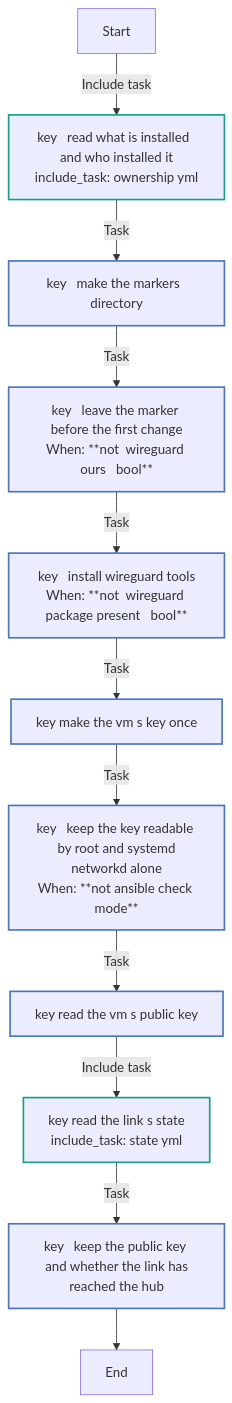
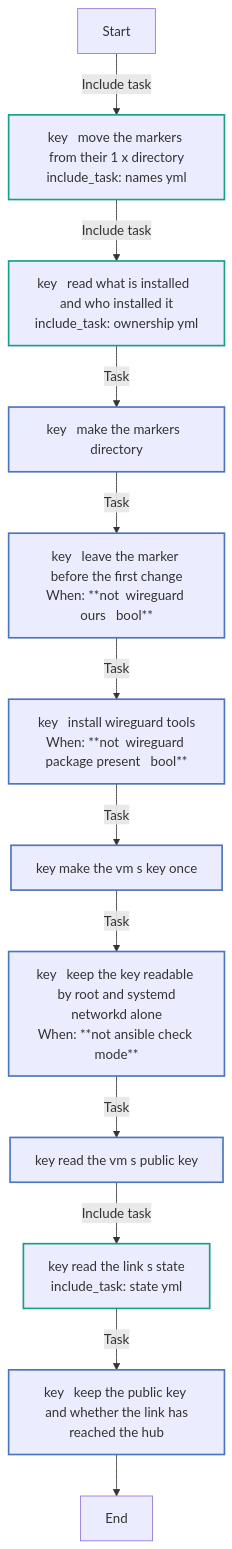
The fourth of 8 diagrams in docs/reference/roles/wireguard.md (kawadeomkar/agent-warehouse), drawn with Mermaid before and after one commit. The commit also changed other lines of this file and 29 other files, not shown here.

````diff
--- a/docs/reference/roles/wireguard.md
+++ b/docs/reference/roles/wireguard.md
@@ -169,23 +174,24 @@
 ```mermaid
 flowchart TD
 Start
 classDef block stroke:#3498db,stroke-width:2px;
 classDef task stroke:#4b76bb,stroke-width:2px;
 classDef includeTasks stroke:#16a085,stroke-width:2px;
 classDef importTasks stroke:#34495e,stroke-width:2px;
 classDef includeRole stroke:#2980b9,stroke-width:2px;
 classDef importRole stroke:#699ba7,stroke-width:2px;
 classDef includeVars stroke:#8e44ad,stroke-width:2px;
 classDef rescue stroke:#665352,stroke-width:2px;
 
-  Start-->|Include task| key___Read_what_is_installed__and_who_installed_it_ownership_yml_0[key   read what is installed  and who installed it<br>include_task: ownership yml]:::includeTasks
-  key___Read_what_is_installed__and_who_installed_it_ownership_yml_0-->|Task| key___Make_the_markers__directory1[key   make the markers  directory]:::task
-  key___Make_the_markers__directory1-->|Task| key___Leave_the_marker_before_the_first_change2[key   leave the marker before the first change<br>When: **not  wireguard ours   bool**]:::task
-  key___Leave_the_marker_before_the_first_change2-->|Task| key___Install_wireguard_tools3[key   install wireguard tools<br>When: **not  wireguard package present   bool**]:::task
-  key___Install_wireguard_tools3-->|Task| key___Make_the_VM_s_key__once4[key   make the vm s key  once]:::task
-  key___Make_the_VM_s_key__once4-->|Task| key___Keep_the_key_readable_by_root_and_systemd_networkd_alone5[key   keep the key readable by root and systemd<br>networkd alone<br>When: **not ansible check mode**]:::task
-  key___Keep_the_key_readable_by_root_and_systemd_networkd_alone5-->|Task| key___Read_the_VM_s_public_key6[key   read the vm s public key]:::task
-  key___Read_the_VM_s_public_key6-->|Include task| key___Read_the_link_s_state_state_yml_7[key   read the link s state<br>include_task: state yml]:::includeTasks
-  key___Read_the_link_s_state_state_yml_7-->|Task| key___Keep_the_public_key_and_whether_the_link_has_reached_the_hub8[key   keep the public key and whether the link has<br>reached the hub]:::task
-  key___Keep_the_public_key_and_whether_the_link_has_reached_the_hub8-->End
+  Start-->|Include task| key___Move_the_markers_from_their_1_x_directory_names_yml_0[key   move the markers from their 1 x directory<br>include_task: names yml]:::includeTasks
+  key___Move_the_markers_from_their_1_x_directory_names_yml_0-->|Include task| key___Read_what_is_installed__and_who_installed_it_ownership_yml_1[key   read what is installed  and who installed it<br>include_task: ownership yml]:::includeTasks
+  key___Read_what_is_installed__and_who_installed_it_ownership_yml_1-->|Task| key___Make_the_markers__directory2[key   make the markers  directory]:::task
+  key___Make_the_markers__directory2-->|Task| key___Leave_the_marker_before_the_first_change3[key   leave the marker before the first change<br>When: **not  wireguard ours   bool**]:::task
+  key___Leave_the_marker_before_the_first_change3-->|Task| key___Install_wireguard_tools4[key   install wireguard tools<br>When: **not  wireguard package present   bool**]:::task
+  key___Install_wireguard_tools4-->|Task| key___Make_the_VM_s_key__once5[key   make the vm s key  once]:::task
+  key___Make_the_VM_s_key__once5-->|Task| key___Keep_the_key_readable_by_root_and_systemd_networkd_alone6[key   keep the key readable by root and systemd<br>networkd alone<br>When: **not ansible check mode**]:::task
+  key___Keep_the_key_readable_by_root_and_systemd_networkd_alone6-->|Task| key___Read_the_VM_s_public_key7[key   read the vm s public key]:::task
+  key___Read_the_VM_s_public_key7-->|Include task| key___Read_the_link_s_state_state_yml_8[key   read the link s state<br>include_task: state yml]:::includeTasks
+  key___Read_the_link_s_state_state_yml_8-->|Task| key___Keep_the_public_key_and_whether_the_link_has_reached_the_hub9[key   keep the public key and whether the link has<br>reached the hub]:::task
+  key___Keep_the_public_key_and_whether_the_link_has_reached_the_hub9-->End
 ```
````
